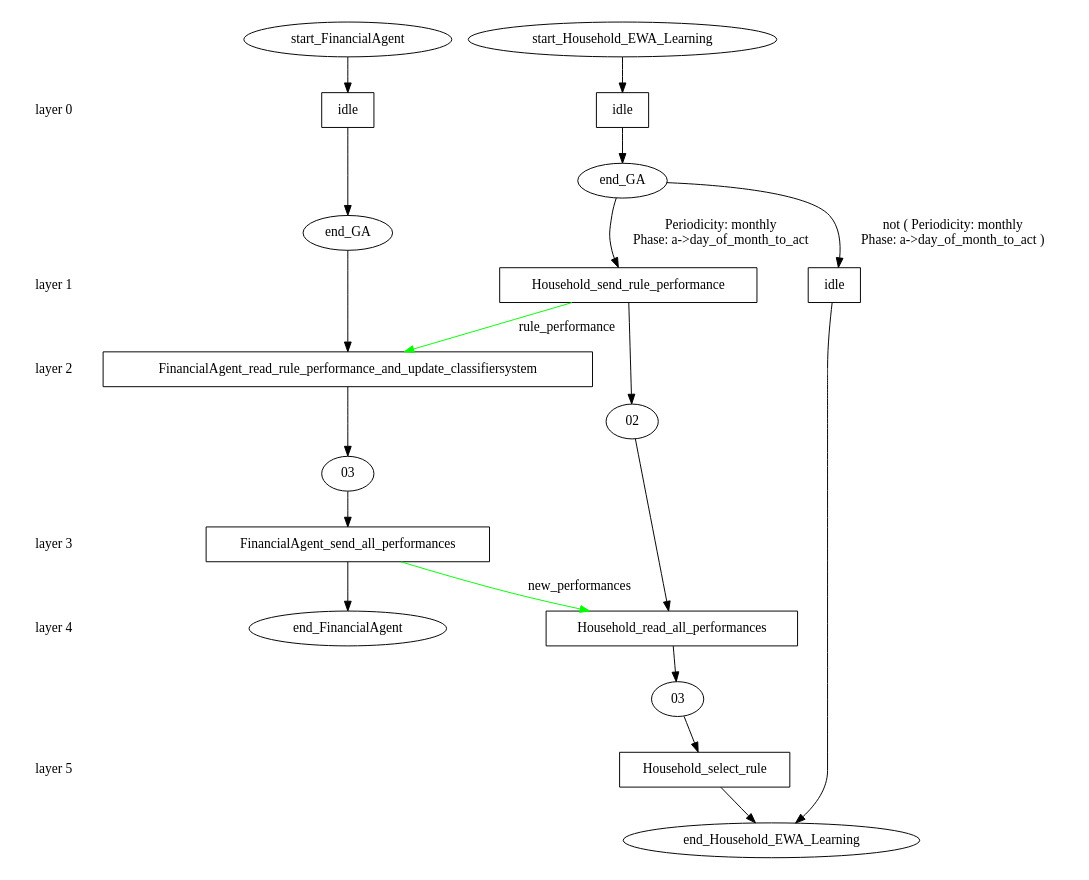
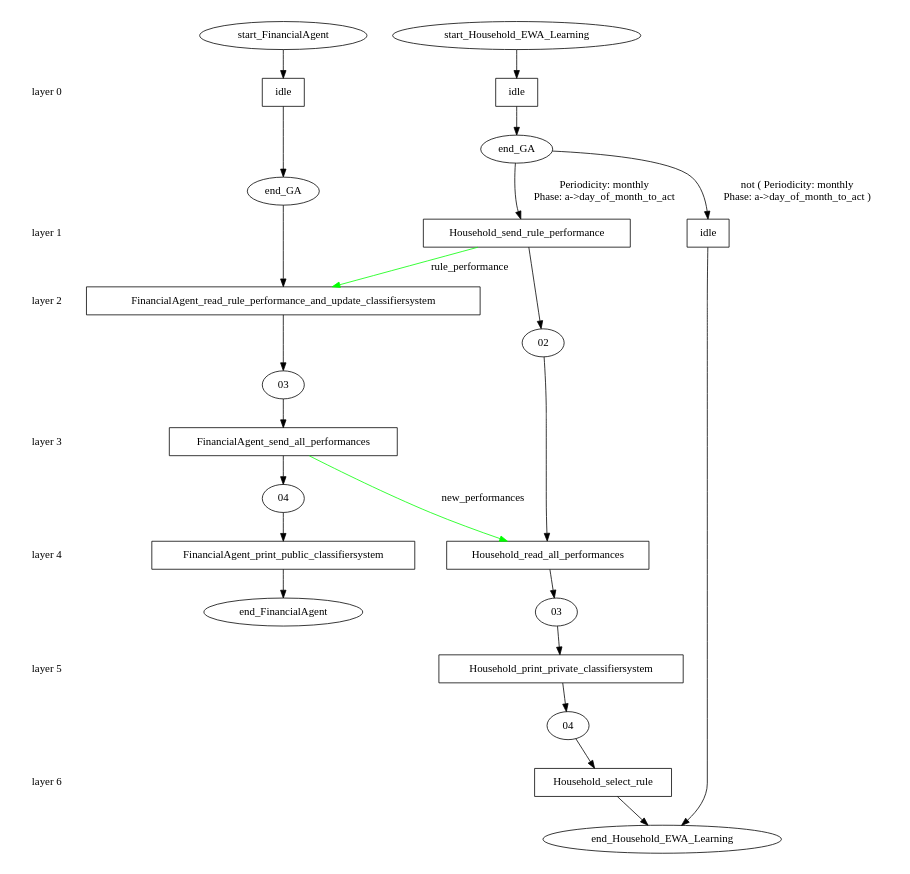
One commit to ETACE/EURACE changed the diagram in models/AFM/afm_branches/initial/ewa_learning/stategraph.dot. Above: the diagram before and after it, drawn with Graphviz. The commit also changed 9 other files, not shown here.

```diff
--- a/models/AFM/afm_branches/initial/ewa_learning/stategraph.dot
+++ b/models/AFM/afm_branches/initial/ewa_learning/stategraph.dot
@@ -1,62 +1,73 @@
 digraph state_graph {
 	rankdir=TB;
 	size="8,5;"
 	layer_0 [shape=plaintext, label="layer 0"];
 	layer_1 [shape=plaintext, label="layer 1"];
 	layer_0 -> layer_1 [style=invis];
 	layer_2 [shape=plaintext, label="layer 2"];
 	layer_1 -> layer_2 [style=invis];
 	layer_3 [shape=plaintext, label="layer 3"];
 	layer_2 -> layer_3 [style=invis];
 	layer_4 [shape=plaintext, label="layer 4"];
 	layer_3 -> layer_4 [style=invis];
 	layer_5 [shape=plaintext, label="layer 5"];
 	layer_4 -> layer_5 [style=invis];
+	layer_6 [shape=plaintext, label="layer 6"];
+	layer_5 -> layer_6 [style=invis];
 	
 	/* States */
+	Household_04 [label = "04"]
 	Household_03 [label = "03"]
 	Household_02 [label = "02"]
 	Household_end_Household_EWA_Learning [label = "end_Household_EWA_Learning"]
 	Household_end_GA [label = "end_GA"]
 	Household_start_Household_EWA_Learning [label = "start_Household_EWA_Learning"]
 	FinancialAgent_end_FinancialAgent [label = "end_FinancialAgent"]
+	FinancialAgent_04 [label = "04"]
 	FinancialAgent_03 [label = "03"]
 	FinancialAgent_end_GA [label = "end_GA"]
 	FinancialAgent_start_FinancialAgent [label = "start_FinancialAgent"]
 	Household_idle_start_Household_EWA_Learning_end_GA [label = "idle", shape = rect]
 	Household_idle_end_GA_end_Household_EWA_Learning [label = "idle", shape = rect]
 	Household_Household_send_rule_performance_end_GA_02 [label = "Household_send_rule_performance", shape = rect]
 	Household_Household_read_all_performances_02_03 [label = "Household_read_all_performances", shape = rect]
-	Household_Household_select_rule_03_end_Household_EWA_Learning [label = "Household_select_rule", shape = rect]
+	Household_Household_print_private_classifiersystem_03_04 [label = "Household_print_private_classifiersystem", shape = rect]
+	Household_Household_select_rule_04_end_Household_EWA_Learning [label = "Household_select_rule", shape = rect]
 	FinancialAgent_idle_start_FinancialAgent_end_GA [label = "idle", shape = rect]
 	FinancialAgent_FinancialAgent_read_rule_performance_and_update_classifiersystem_end_GA_03 [label = "FinancialAgent_read_rule_performance_and_update_classifiersystem", shape = rect]
-	FinancialAgent_FinancialAgent_send_all_performances_03_end_FinancialAgent [label = "FinancialAgent_send_all_performances", shape = rect]
+	FinancialAgent_FinancialAgent_send_all_performances_03_04 [label = "FinancialAgent_send_all_performances", shape = rect]
+	FinancialAgent_FinancialAgent_print_public_classifiersystem_04_end_FinancialAgent [label = "FinancialAgent_print_public_classifiersystem", shape = rect]
 	
 	/* Transitions */
 	Household_start_Household_EWA_Learning -> Household_idle_start_Household_EWA_Learning_end_GA;
 	Household_idle_start_Household_EWA_Learning_end_GA -> Household_end_GA;
 	Household_end_GA -> Household_idle_end_GA_end_Household_EWA_Learning [ label = "not ( Periodicity: monthly\nPhase: a->day_of_month_to_act )"];
 	Household_idle_end_GA_end_Household_EWA_Learning -> Household_end_Household_EWA_Learning;
 	Household_end_GA -> Household_Household_send_rule_performance_end_GA_02 [ label = "Periodicity: monthly\nPhase: a->day_of_month_to_act"];
 	Household_Household_send_rule_performance_end_GA_02 -> Household_02;
 	Household_02 -> Household_Household_read_all_performances_02_03;
 	Household_Household_read_all_performances_02_03 -> Household_03;
-	Household_03 -> Household_Household_select_rule_03_end_Household_EWA_Learning;
-	Household_Household_select_rule_03_end_Household_EWA_Learning -> Household_end_Household_EWA_Learning;
+	Household_03 -> Household_Household_print_private_classifiersystem_03_04;
+	Household_Household_print_private_classifiersystem_03_04 -> Household_04;
+	Household_04 -> Household_Household_select_rule_04_end_Household_EWA_Learning;
+	Household_Household_select_rule_04_end_Household_EWA_Learning -> Household_end_Household_EWA_Learning;
 	FinancialAgent_start_FinancialAgent -> FinancialAgent_idle_start_FinancialAgent_end_GA;
 	FinancialAgent_idle_start_FinancialAgent_end_GA -> FinancialAgent_end_GA;
 	FinancialAgent_end_GA -> FinancialAgent_FinancialAgent_read_rule_performance_and_update_classifiersystem_end_GA_03;
 	FinancialAgent_FinancialAgent_read_rule_performance_and_update_classifiersystem_end_GA_03 -> FinancialAgent_03;
-	FinancialAgent_03 -> FinancialAgent_FinancialAgent_send_all_performances_03_end_FinancialAgent;
-	FinancialAgent_FinancialAgent_send_all_performances_03_end_FinancialAgent -> FinancialAgent_end_FinancialAgent;
+	FinancialAgent_03 -> FinancialAgent_FinancialAgent_send_all_performances_03_04;
+	FinancialAgent_FinancialAgent_send_all_performances_03_04 -> FinancialAgent_04;
+	FinancialAgent_04 -> FinancialAgent_FinancialAgent_print_public_classifiersystem_04_end_FinancialAgent;
+	FinancialAgent_FinancialAgent_print_public_classifiersystem_04_end_FinancialAgent -> FinancialAgent_end_FinancialAgent;
 	
 	/* Communications */
 	Household_Household_send_rule_performance_end_GA_02 -> FinancialAgent_FinancialAgent_read_rule_performance_and_update_classifiersystem_end_GA_03 [ label = "rule_performance" color="#00ff00" constraint=false];
-	FinancialAgent_FinancialAgent_send_all_performances_03_end_FinancialAgent -> Household_Household_read_all_performances_02_03 [ label = "new_performances" color="#00ff00" constraint=false];
+	FinancialAgent_FinancialAgent_send_all_performances_03_04 -> Household_Household_read_all_performances_02_03 [ label = "new_performances" color="#00ff00" constraint=false];
 	{ rank=same; layer_0;  Household_idle_start_Household_EWA_Learning_end_GA;  FinancialAgent_idle_start_FinancialAgent_end_GA; }
 	{ rank=same; layer_1;  Household_idle_end_GA_end_Household_EWA_Learning;  Household_Household_send_rule_performance_end_GA_02; }
 	{ rank=same; layer_2;  FinancialAgent_FinancialAgent_read_rule_performance_and_update_classifiersystem_end_GA_03; }
-	{ rank=same; layer_3;  FinancialAgent_FinancialAgent_send_all_performances_03_end_FinancialAgent; }
-	{ rank=same; layer_4;  Household_Household_read_all_performances_02_03; }
-	{ rank=same; layer_5;  Household_Household_select_rule_03_end_Household_EWA_Learning; }
+	{ rank=same; layer_3;  FinancialAgent_FinancialAgent_send_all_performances_03_04; }
+	{ rank=same; layer_4;  Household_Household_read_all_performances_02_03;  FinancialAgent_FinancialAgent_print_public_classifiersystem_04_end_FinancialAgent; }
+	{ rank=same; layer_5;  Household_Household_print_private_classifiersystem_03_04; }
+	{ rank=same; layer_6;  Household_Household_select_rule_04_end_Household_EWA_Learning; }
 }
```
